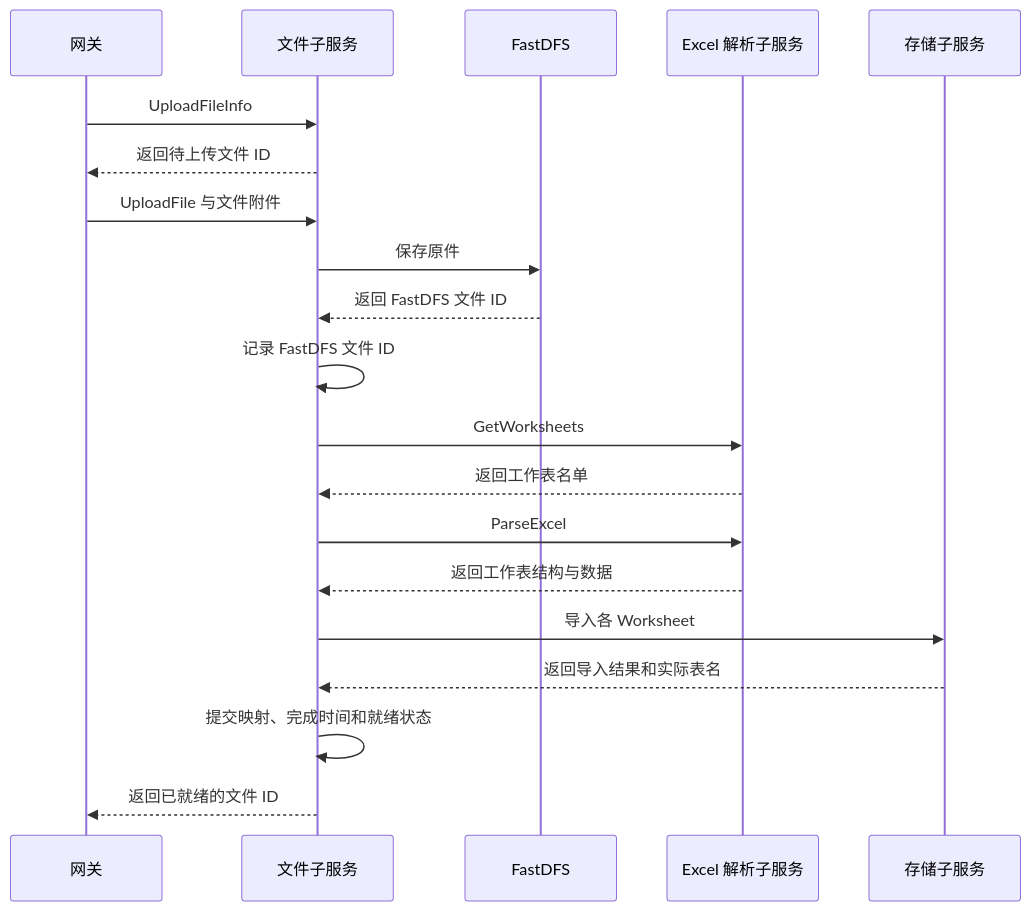
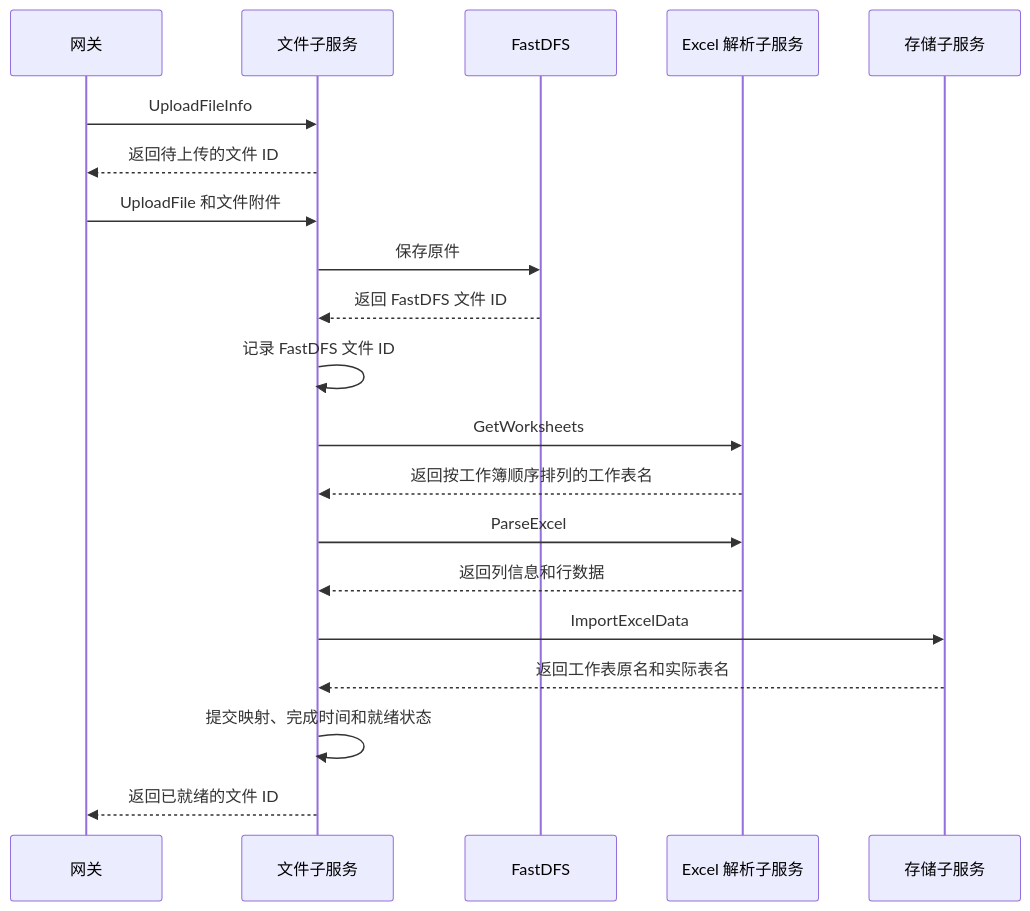
Before and after one commit to Dairenwen/chat2data-cpp: the second of 7 diagrams in chat2data/docs/文件子服务.md, drawn with Mermaid. The commit also changed other lines of this file and 5 other files, not shown here.

````diff
--- a/chat2data/docs/文件子服务.md
+++ b/chat2data/docs/文件子服务.md
@@ -74,22 +75,22 @@
 ```mermaid
 sequenceDiagram
     participant G as 网关
     participant F as 文件子服务
     participant D as FastDFS
     participant E as Excel 解析子服务
     participant S as 存储子服务
     G->>F: UploadFileInfo
-    F-->>G: 返回待上传文件 ID
-    G->>F: UploadFile 与文件附件
+    F-->>G: 返回待上传的文件 ID
+    G->>F: UploadFile 和文件附件
     F->>D: 保存原件
     D-->>F: 返回 FastDFS 文件 ID
     F->>F: 记录 FastDFS 文件 ID
     F->>E: GetWorksheets
-    E-->>F: 返回工作表名单
+    E-->>F: 返回按工作簿顺序排列的工作表名
     F->>E: ParseExcel
-    E-->>F: 返回工作表结构与数据
-    F->>S: 导入各 Worksheet
-    S-->>F: 返回导入结果和实际表名
+    E-->>F: 返回列信息和行数据
+    F->>S: ImportExcelData
+    S-->>F: 返回工作表原名和实际表名
     F->>F: 提交映射、完成时间和就绪状态
     F-->>G: 返回已就绪的文件 ID
 ```
````
